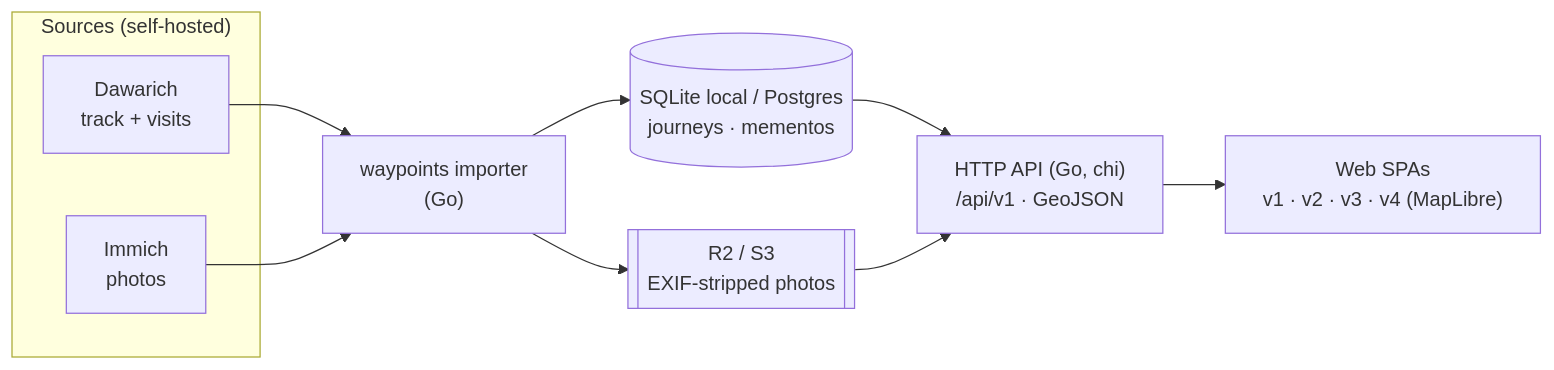
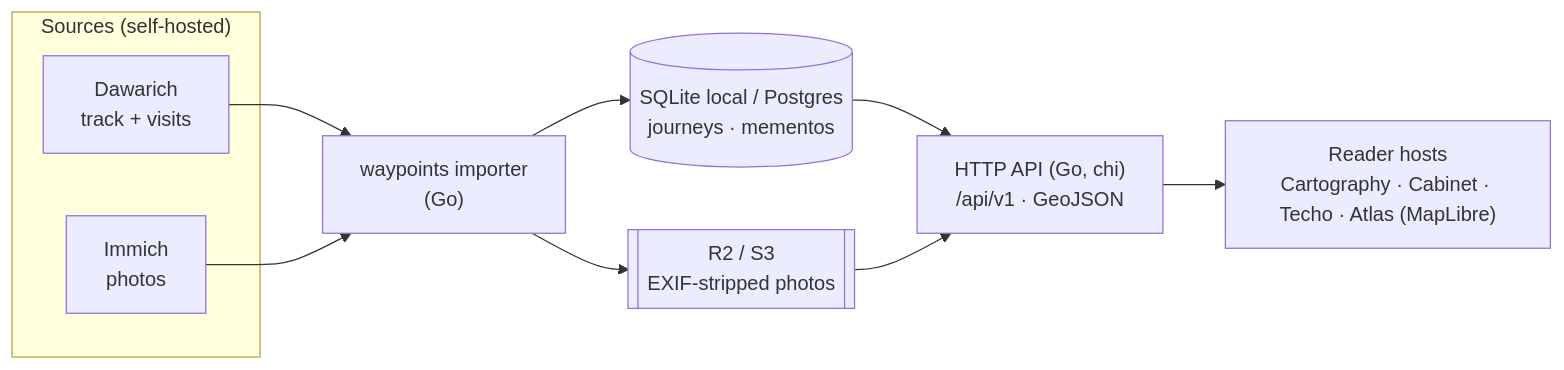
The diagram in README.md (azusachino/felicia), drawn with Mermaid before and after one commit. The commit also changed other lines of this file and 31 other files, not shown here.

````diff
--- a/README.md
+++ b/README.md
@@ -50,13 +50,13 @@
 ```mermaid
 flowchart LR
   subgraph S["Sources (self-hosted)"]
     daw["Dawarich\ntrack + visits"]
     imm["Immich\nphotos"]
   end
   daw & imm --> imp["waypoints importer\n(Go)"]
   imp --> db[("SQLite local / Postgres\njourneys · mementos")]
   imp --> r2[["R2 / S3\nEXIF-stripped photos"]]
   db --> api["HTTP API (Go, chi)\n/api/v1 · GeoJSON"]
   r2 --> api
-  api --> web["Web SPAs\nv1 · v2 · v3 · v4 (MapLibre)"]
+  api --> web["Reader hosts\nCartography · Cabinet · Techo · Atlas (MapLibre)"]
 ```
````
